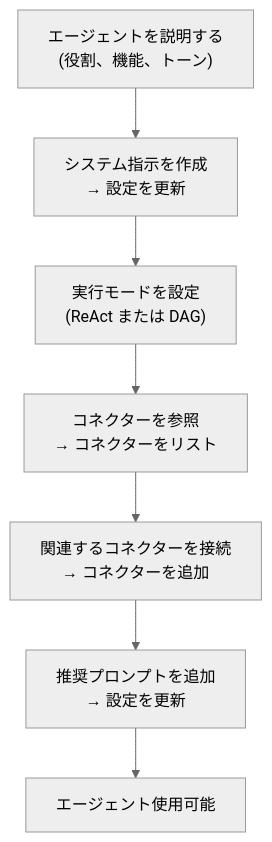
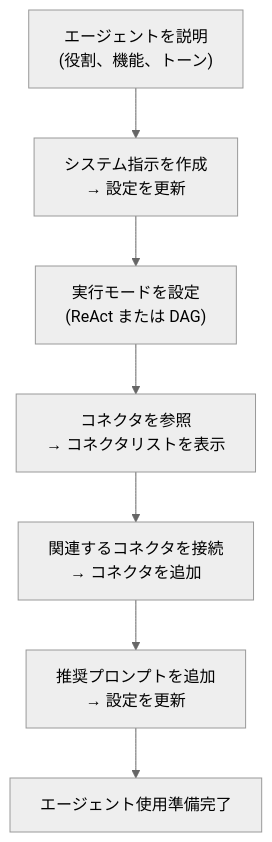
One commit to lucky20160622/fim-one changed the second of 2 diagrams in docs/ja/concepts/ai-builder.mdx. Above: the diagram before and after it, drawn with Mermaid (neutral theme). The commit also changed other lines of this file and 141 other files, not shown here.

````diff
--- a/docs/ja/concepts/ai-builder.mdx
+++ b/docs/ja/concepts/ai-builder.mdx
@@ -64,10 +78,10 @@
 ```mermaid
 flowchart TD
-  A["エージェントを説明する<br/>(役割、機能、トーン)"]
+  A["エージェントを説明<br/>(役割、機能、トーン)"]
   A --> B["システム指示を作成<br/>→ 設定を更新"]
   B --> C["実行モードを設定<br/>(ReAct または DAG)"]
-  C --> D["コネクターを参照<br/>→ コネクターをリスト"]
-  D --> E["関連するコネクターを接続<br/>→ コネクターを追加"]
+  C --> D["コネクタを参照<br/>→ コネクタリストを表示"]
+  D --> E["関連するコネクタを接続<br/>→ コネクタを追加"]
   E --> F["推奨プロンプトを追加<br/>→ 設定を更新"]
-  F --> G["エージェント使用可能"]
+  F --> G["エージェント使用準備完了"]
 ```
````
